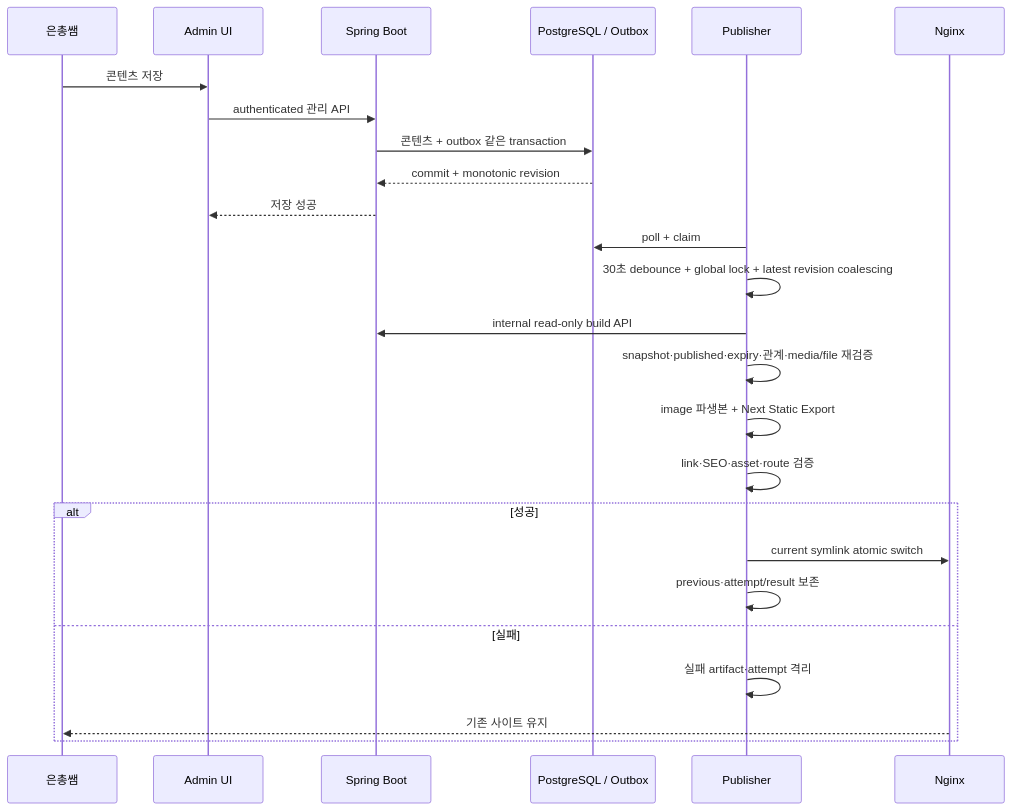
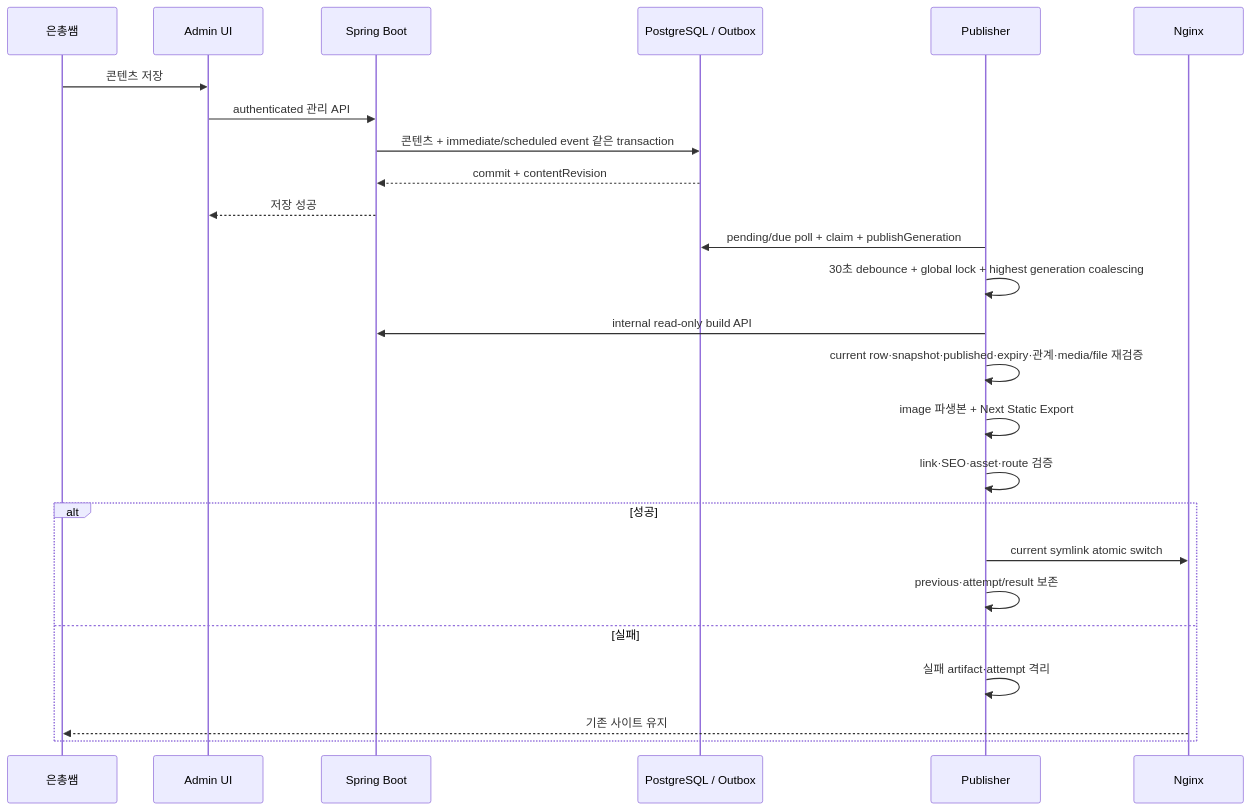
Before and after one commit to xxh3898/Rhaomi: the diagram in docs/04-architecture/static-publishing-pipeline.md, drawn with Mermaid. The commit also changed other lines of this file and 21 other files, not shown here.

````diff
--- a/docs/04-architecture/static-publishing-pipeline.md
+++ b/docs/04-architecture/static-publishing-pipeline.md
@@ -32,28 +34,28 @@
 ```mermaid
 sequenceDiagram
     participant O as 은총쌤
     participant A as Admin UI
     participant S as Spring Boot
     participant D as PostgreSQL / Outbox
     participant P as Publisher
     participant N as Nginx
 
     O->>A: 콘텐츠 저장
     A->>S: authenticated 관리 API
-    S->>D: 콘텐츠 + outbox 같은 transaction
-    D-->>S: commit + monotonic revision
+    S->>D: 콘텐츠 + immediate/scheduled event 같은 transaction
+    D-->>S: commit + contentRevision
     S-->>A: 저장 성공
-    P->>D: poll + claim
-    P->>P: 30초 debounce + global lock + latest revision coalescing
+    P->>D: pending/due poll + claim + publishGeneration
+    P->>P: 30초 debounce + global lock + highest generation coalescing
     P->>S: internal read-only build API
-    P->>P: snapshot·published·expiry·관계·media/file 재검증
+    P->>P: current row·snapshot·published·expiry·관계·media/file 재검증
     P->>P: image 파생본 + Next Static Export
     P->>P: link·SEO·asset·route 검증
     alt 성공
       P->>N: current symlink atomic switch
       P->>P: previous·attempt/result 보존
     else 실패
       P->>P: 실패 artifact·attempt 격리
       N-->>O: 기존 사이트 유지
     end
 ```
````
